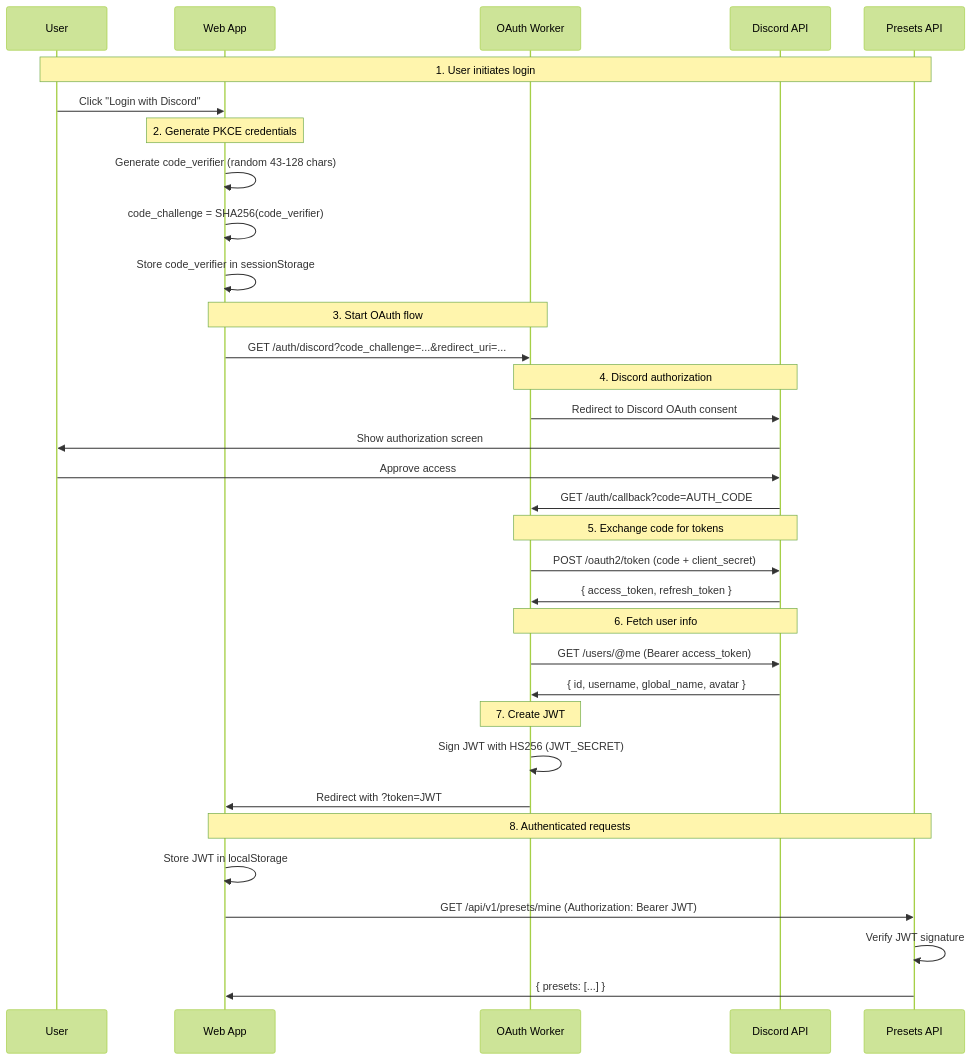
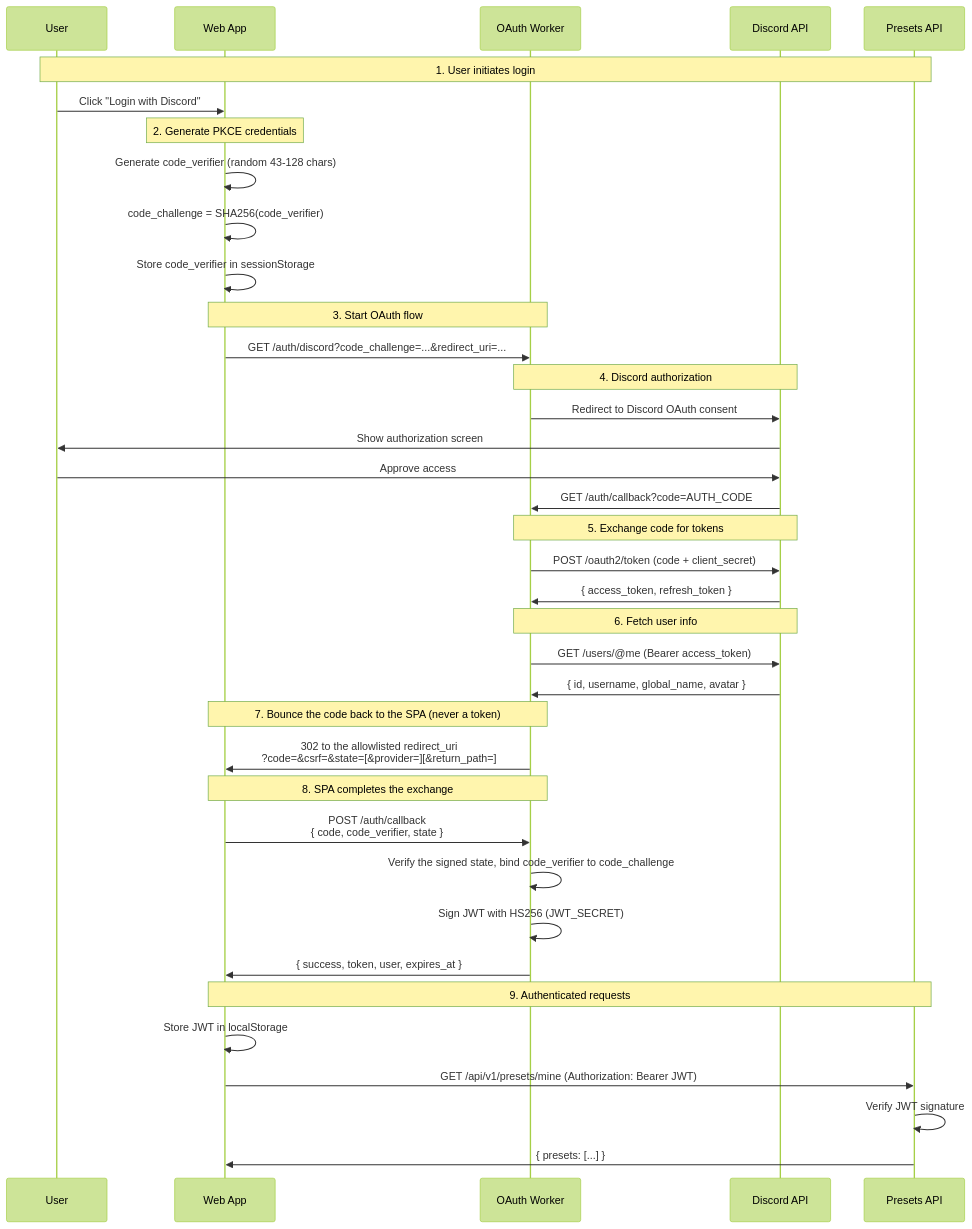
The first of 6 diagrams in docs/architecture/data-flow.md (FlashGalatine/xivdyetools), drawn with Mermaid (forest theme) before and after one commit. The commit also changed other lines of this file and 206 other files, not shown here.

````diff
--- a/docs/architecture/data-flow.md
+++ b/docs/architecture/data-flow.md
@@ -11,43 +11,48 @@
 ```mermaid
 sequenceDiagram
     participant User
     participant WebApp as Web App
     participant OAuth as OAuth Worker
     participant Discord as Discord API
     participant Presets as Presets API
 
     Note over User,Presets: 1. User initiates login
     User->>WebApp: Click "Login with Discord"
 
     Note over WebApp: 2. Generate PKCE credentials
     WebApp->>WebApp: Generate code_verifier (random 43-128 chars)
     WebApp->>WebApp: code_challenge = SHA256(code_verifier)
     WebApp->>WebApp: Store code_verifier in sessionStorage
 
     Note over WebApp,OAuth: 3. Start OAuth flow
     WebApp->>OAuth: GET /auth/discord?code_challenge=...&redirect_uri=...
 
     Note over OAuth,Discord: 4. Discord authorization
     OAuth->>Discord: Redirect to Discord OAuth consent
     Discord->>User: Show authorization screen
     User->>Discord: Approve access
     Discord->>OAuth: GET /auth/callback?code=AUTH_CODE
 
     Note over OAuth,Discord: 5. Exchange code for tokens
     OAuth->>Discord: POST /oauth2/token (code + client_secret)
     Discord->>OAuth: { access_token, refresh_token }
 
     Note over OAuth,Discord: 6. Fetch user info
     OAuth->>Discord: GET /users/@me (Bearer access_token)
     Discord->>OAuth: { id, username, global_name, avatar }
 
-    Note over OAuth: 7. Create JWT
+    Note over OAuth,WebApp: 7. Bounce the code back to the SPA (never a token)
+    OAuth->>WebApp: 302 to the allowlisted redirect_uri<br/>?code=&csrf=&state=[&provider=][&return_path=]
+
+    Note over WebApp,OAuth: 8. SPA completes the exchange
+    WebApp->>OAuth: POST /auth/callback<br/>{ code, code_verifier, state }
+    OAuth->>OAuth: Verify the signed state, bind code_verifier to code_challenge
     OAuth->>OAuth: Sign JWT with HS256 (JWT_SECRET)
-    OAuth->>WebApp: Redirect with ?token=JWT
+    OAuth->>WebApp: { success, token, user, expires_at }
 
-    Note over WebApp,Presets: 8. Authenticated requests
+    Note over WebApp,Presets: 9. Authenticated requests
     WebApp->>WebApp: Store JWT in localStorage
     WebApp->>Presets: GET /api/v1/presets/mine (Authorization: Bearer JWT)
     Presets->>Presets: Verify JWT signature
     Presets->>WebApp: { presets: [...] }
 ```
````
